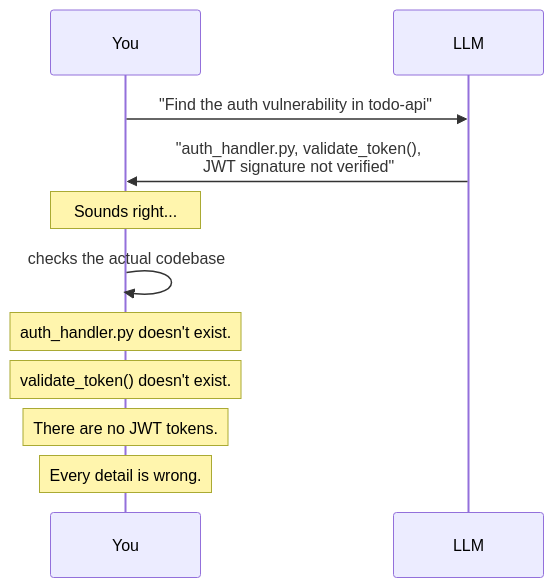
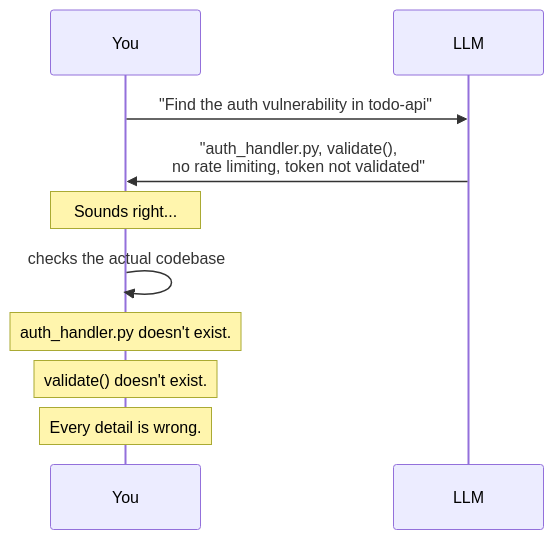
One commit to tbhbooks/Agents-That-Think-and-Self-Improve changed the first of 8 diagrams in chapters/ch01.md. Above: the diagram before and after it, drawn with Mermaid. The commit also changed other lines of this file and 51 other files, not shown here.

````diff
--- a/chapters/ch01.md
+++ b/chapters/ch01.md
@@ -32,13 +32,12 @@
 ```mermaid
 sequenceDiagram
     participant You
     participant LLM
     You->>LLM: "Find the auth vulnerability in todo-api"
-    LLM->>You: "auth_handler.py, validate_token(),<br/>JWT signature not verified"
+    LLM->>You: "auth_handler.py, validate(),<br/>no rate limiting, token not validated"
     Note over You: Sounds right...
     You->>You: checks the actual codebase
     Note over You: auth_handler.py doesn't exist.
-    Note over You: validate_token() doesn't exist.
-    Note over You: There are no JWT tokens.
+    Note over You: validate() doesn't exist.
     Note over You: Every detail is wrong.
 ```
````
